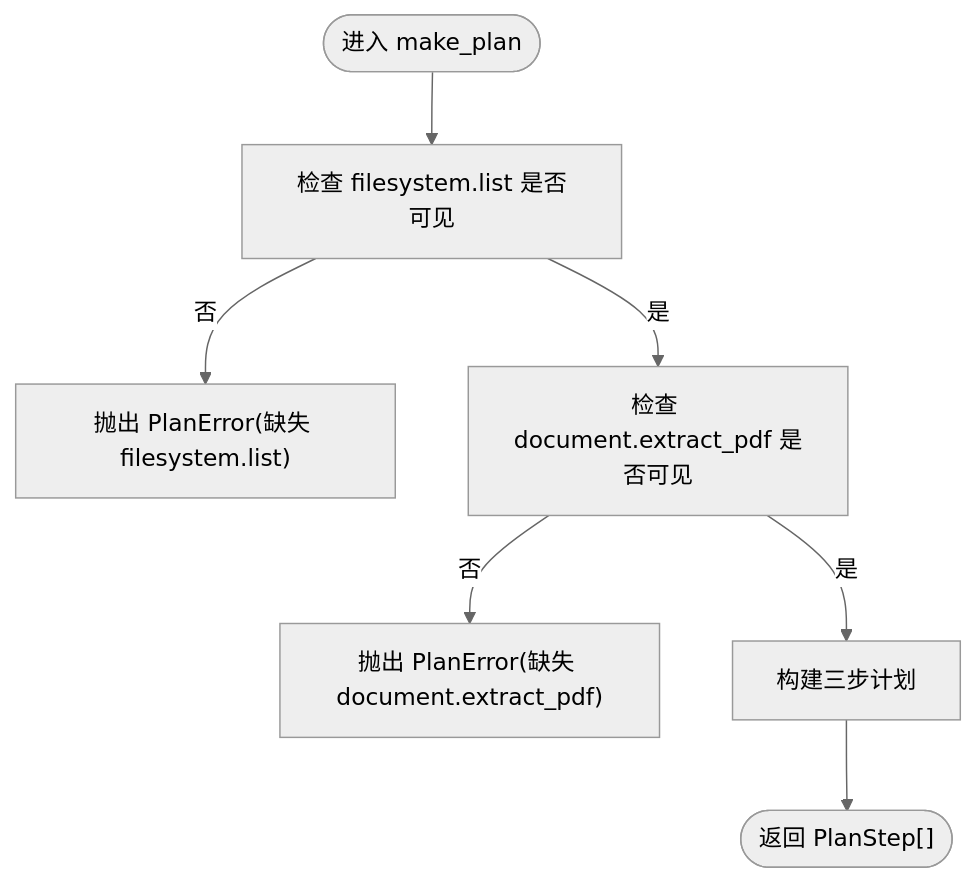
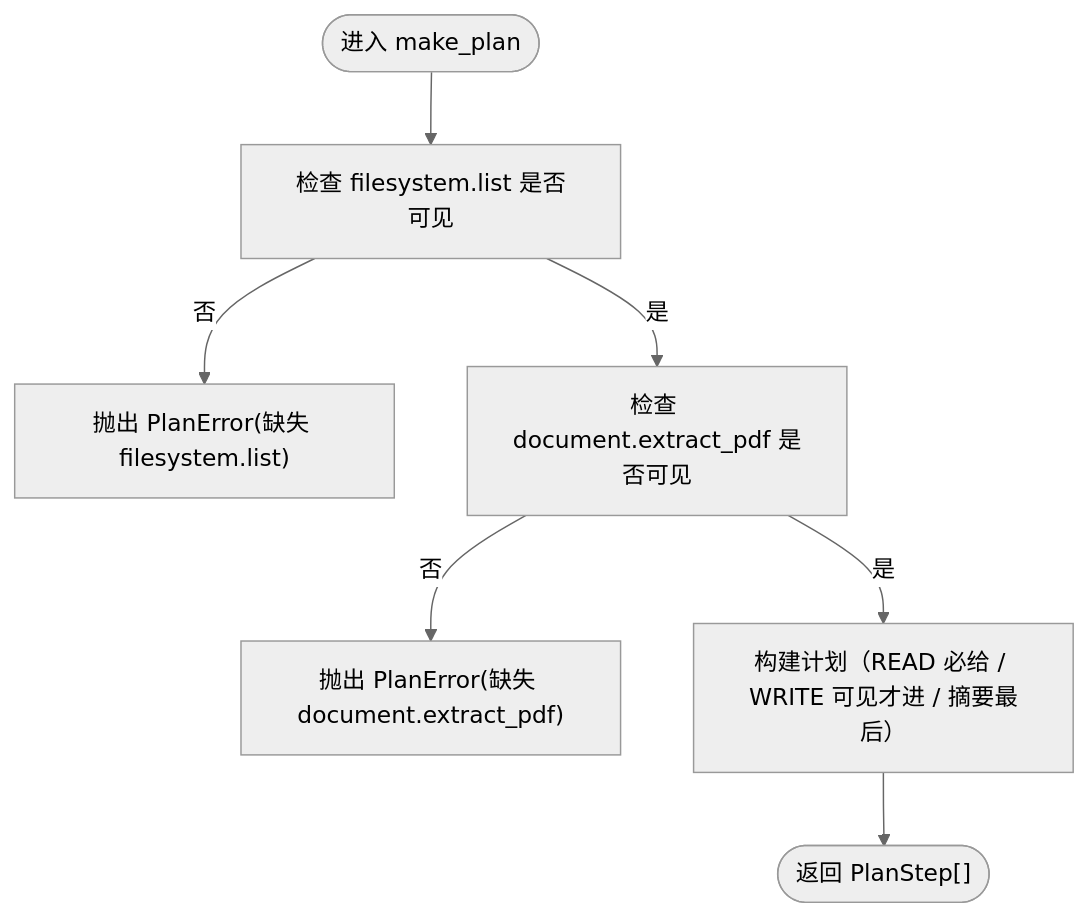
The third of 9 diagrams in .repowiki/zh/content/AI 运行时/任务规划系统.md (Azusa010/personal-agent), drawn with Mermaid (neutral theme) before and after one commit. The commit also changed other lines of this file and 64 other files, not shown here.

````diff
--- a/.repowiki/zh/content/AI 运行时/任务规划系统.md
+++ b/.repowiki/zh/content/AI 运行时/任务规划系统.md
@@ -153,9 +153,9 @@
 ```mermaid
 flowchart TD
 Start(["进入 make_plan"]) --> CheckFS["检查 filesystem.list 是否可见"]
 CheckFS --> |否| ErrFS["抛出 PlanError(缺失 filesystem.list)"]
 CheckFS --> |是| CheckPDF["检查 document.extract_pdf 是否可见"]
 CheckPDF --> |否| ErrPDF["抛出 PlanError(缺失 document.extract_pdf)"]
-CheckPDF --> |是| BuildSteps["构建三步计划"]
+CheckPDF --> |是| BuildSteps["构建计划（READ 必给 / WRITE 可见才进 / 摘要最后）"]
 BuildSteps --> Return(["返回 PlanStep[]"])
 ```
````
